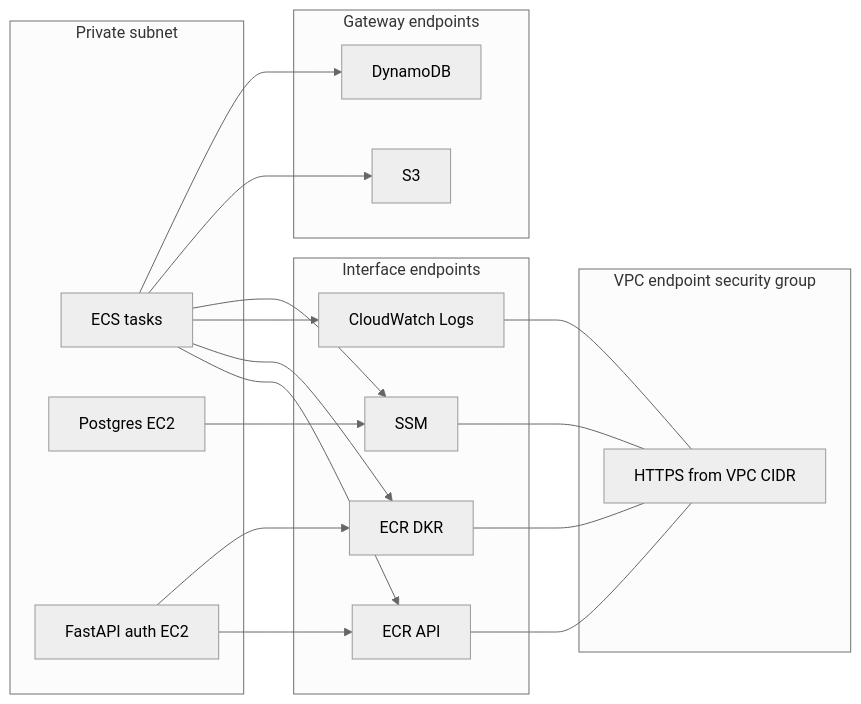
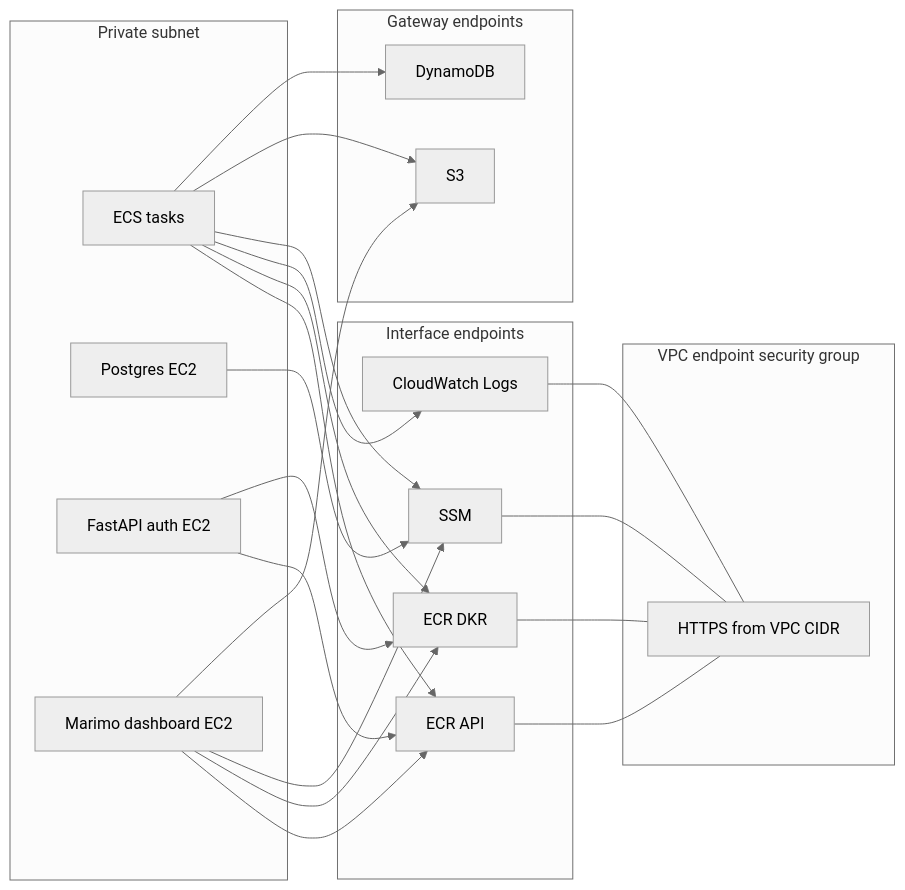
The first of 2 diagrams in infrastructure/aws-pulumi/docs/connectivity.md (Chr1sC0de/energy-market-delta-lake), drawn with Mermaid (neutral theme) before and after one commit. The commit also changed other lines of this file and 44 other files, not shown here.

Commit message:
Deploy Marimo dashboard on AWS

````diff
--- a/infrastructure/aws-pulumi/docs/connectivity.md
+++ b/infrastructure/aws-pulumi/docs/connectivity.md
@@ -26,38 +26,43 @@
 ```mermaid
 flowchart LR
     subgraph PrivateSubnet[Private subnet]
         ECS[ECS tasks]
         PG[Postgres EC2]
         AUTH[FastAPI auth EC2]
+        MARIMO[Marimo dashboard EC2]
     end
 
     subgraph EndpointSG[VPC endpoint security group]
         EPSG[HTTPS from VPC CIDR]
     end
 
     subgraph InterfaceEndpoints[Interface endpoints]
         ECRAPI[ECR API]
         ECRDKR[ECR DKR]
         LOGS[CloudWatch Logs]
         SSM[SSM]
     end
 
     subgraph GatewayEndpoints[Gateway endpoints]
         S3[S3]
         DDB[DynamoDB]
     end
 
     ECS --> ECRAPI
     ECS --> ECRDKR
     ECS --> LOGS
     ECS --> SSM
     ECS --> S3
     ECS --> DDB
     AUTH --> ECRAPI
     AUTH --> ECRDKR
+    MARIMO --> ECRAPI
+    MARIMO --> ECRDKR
+    MARIMO --> SSM
+    MARIMO --> S3
     PG --> SSM
     ECRAPI --- EPSG
     ECRDKR --- EPSG
     LOGS --- EPSG
     SSM --- EPSG
 ```
````
